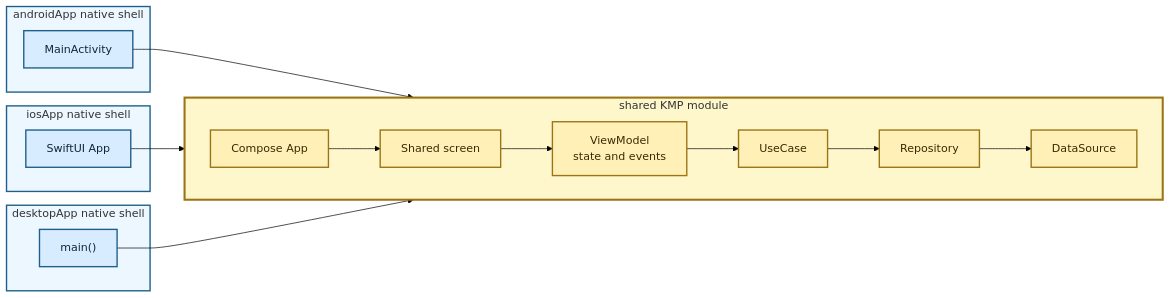
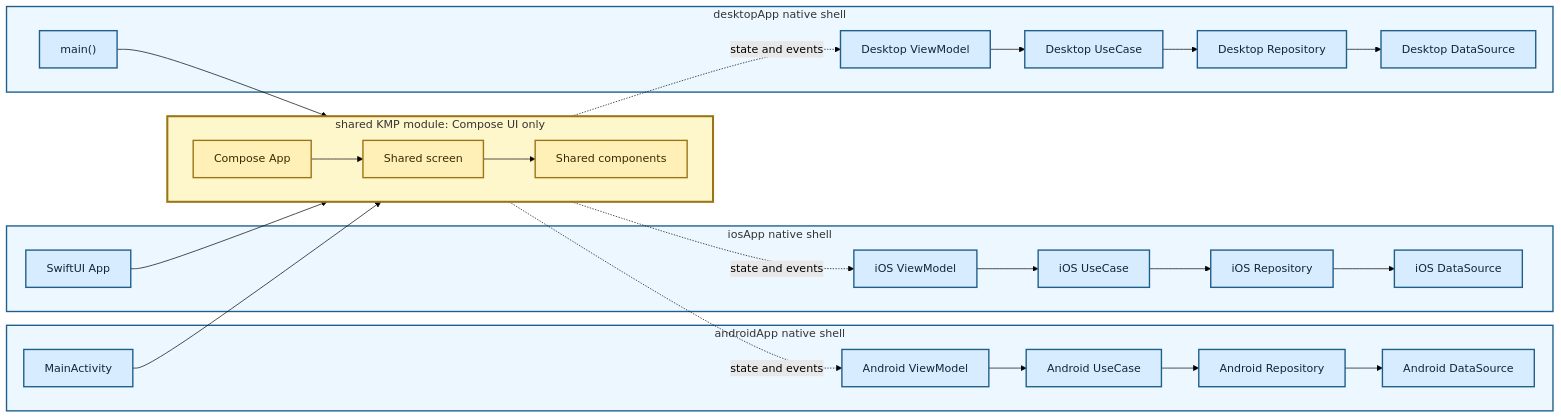
One commit to TheSetox/kmp-sample-diagrams changed the diagram in diagrams/03-kmp-compose-ui.md. Above: the diagram before and after it, drawn with Mermaid (forest theme). The commit also changed other lines of this file and 3 other files, not shown here.

Commit message:
docs: make compose ui diagram native logic only

````diff
--- a/diagrams/03-kmp-compose-ui.md
+++ b/diagrams/03-kmp-compose-ui.md
@@ -5,38 +5,53 @@
 ```mermaid
 flowchart LR
   subgraph Android["androidApp native shell"]
     AEntry["MainActivity"]
+    AVM["Android ViewModel"]
+    AUseCase["Android UseCase"]
+    ARepository["Android Repository"]
+    ADataSource["Android DataSource"]
+    AVM --> AUseCase --> ARepository --> ADataSource
   end
 
   subgraph IOS["iosApp native shell"]
     IEntry["SwiftUI App"]
+    IVM["iOS ViewModel"]
+    IUseCase["iOS UseCase"]
+    IRepository["iOS Repository"]
+    IDataSource["iOS DataSource"]
+    IVM --> IUseCase --> IRepository --> IDataSource
   end
 
   subgraph Desktop["desktopApp native shell"]
     DEntry["main()"]
+    DVM["Desktop ViewModel"]
+    DUseCase["Desktop UseCase"]
+    DRepository["Desktop Repository"]
+    DDataSource["Desktop DataSource"]
+    DVM --> DUseCase --> DRepository --> DDataSource
   end
 
-  subgraph KMP["shared KMP module"]
+  subgraph KMP["shared KMP module: Compose UI only"]
     direction LR
     App["Compose App"]
     Screen["Shared screen"]
-    VM["ViewModel\nstate and events"]
-    UseCase["UseCase"]
-    Repository["Repository"]
-    DataSource["DataSource"]
-    App --> Screen --> VM --> UseCase --> Repository --> DataSource
+    Components["Shared components"]
+    App --> Screen --> Components
   end
 
   AEntry --> App
   IEntry --> App
   DEntry --> App
+  Screen -. "state and events" .-> AVM
+  Screen -. "state and events" .-> IVM
+  Screen -. "state and events" .-> DVM
 
   classDef app fill:#d8ecff,stroke:#1f5f8b,color:#0f2738,stroke-width:2px;
   classDef kmp fill:#fff0b8,stroke:#9b7415,color:#3b2a00,stroke-width:2px;
-  class AEntry,IEntry,DEntry app;
-  class App,Screen,VM,UseCase,Repository,DataSource kmp;
+  class AEntry,AVM,AUseCase,ARepository,ADataSource,IEntry,IVM,IUseCase,IRepository,IDataSource,DEntry,DVM,DUseCase,DRepository,DDataSource app;
+  class App,Screen,Components kmp;
   style Android fill:#edf7ff,stroke:#1f5f8b,stroke-width:2px
   style IOS fill:#edf7ff,stroke:#1f5f8b,stroke-width:2px
   style Desktop fill:#edf7ff,stroke:#1f5f8b,stroke-width:2px
   style KMP fill:#fff7cc,stroke:#9b7415,stroke-width:3px
 ```
````
